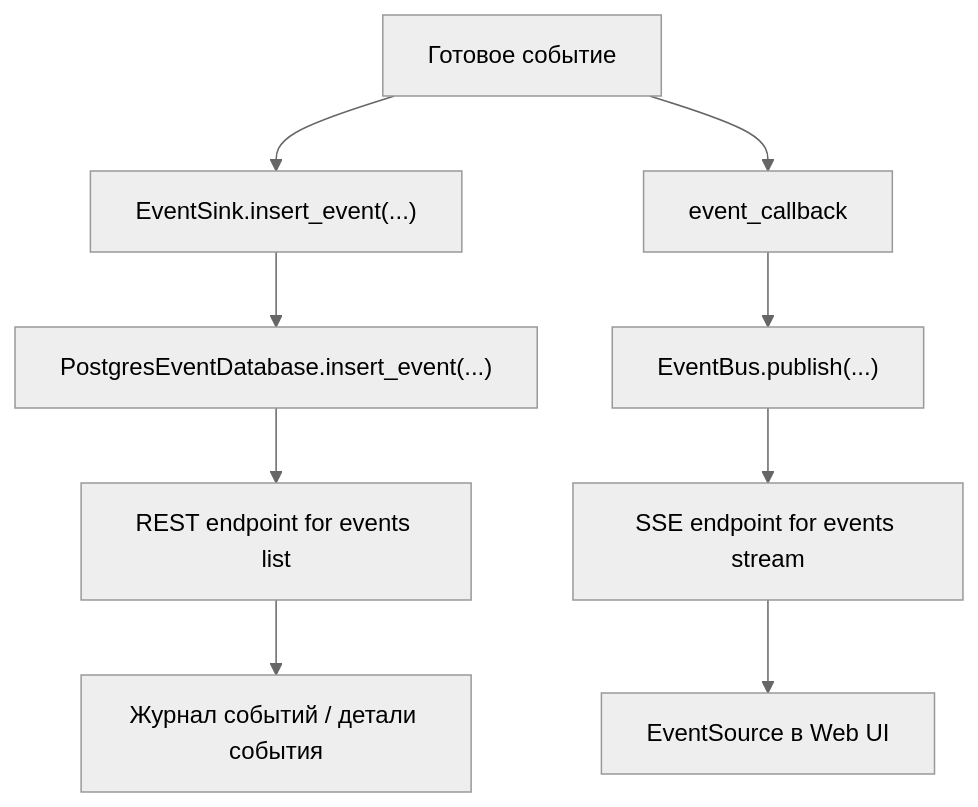
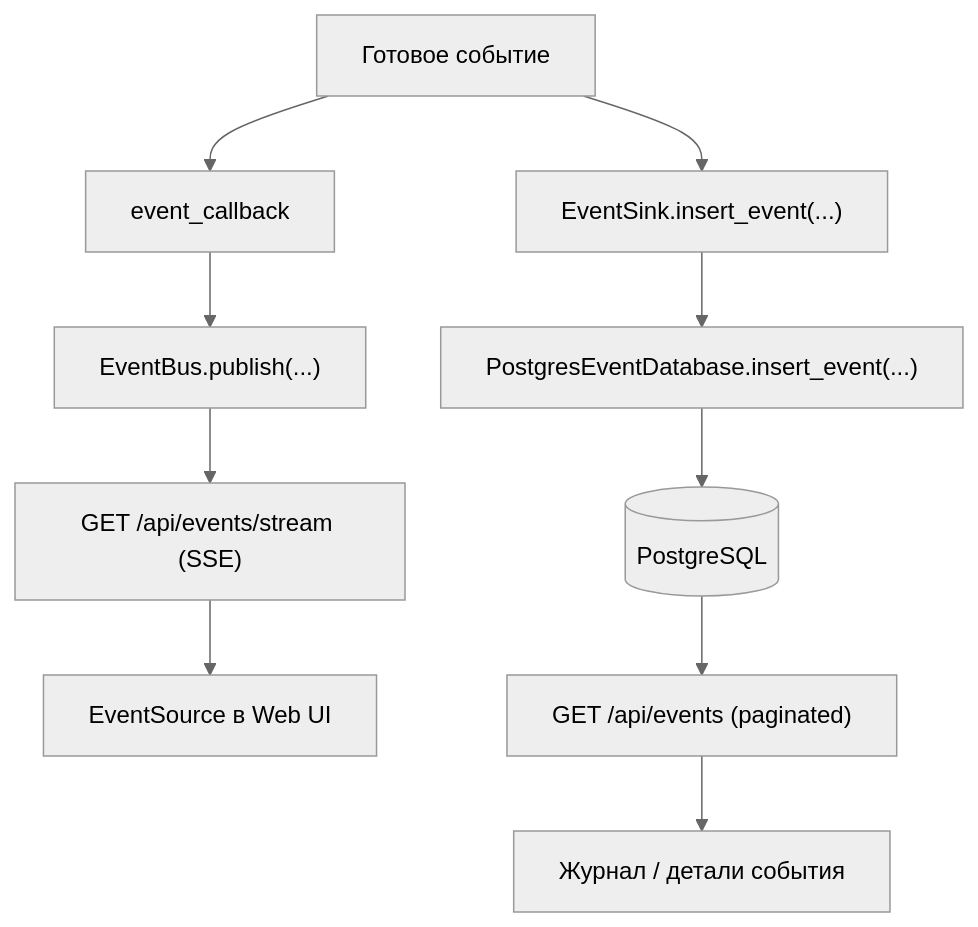
Before and after one commit to quick-1y/ANPR-System-web: the fourth of 5 diagrams in README.md, drawn with Mermaid (neutral theme). The commit also changed other lines of this file and 1 other file, not shown here.

````diff
--- a/README.md
+++ b/README.md
@@ -338,13 +277,14 @@
 ```mermaid
 flowchart TD
     A["Готовое событие"] --> B["EventSink.insert_event(...)"]
     B --> D["PostgresEventDatabase.insert_event(...)"]
+    D --> PG[("PostgreSQL")]
 
     A --> I["event_callback"]
     I --> J["EventBus.publish(...)"]
-    J --> K["SSE endpoint for events stream"]
+    J --> K["GET /api/events/stream (SSE)"]
     K --> L["EventSource в Web UI"]
 
-    D --> M["REST endpoint for events list"]
-    M --> N["Журнал событий / детали события"]
+    PG --> M["GET /api/events (paginated)"]
+    M --> N["Журнал / детали события"]
 ```
````
